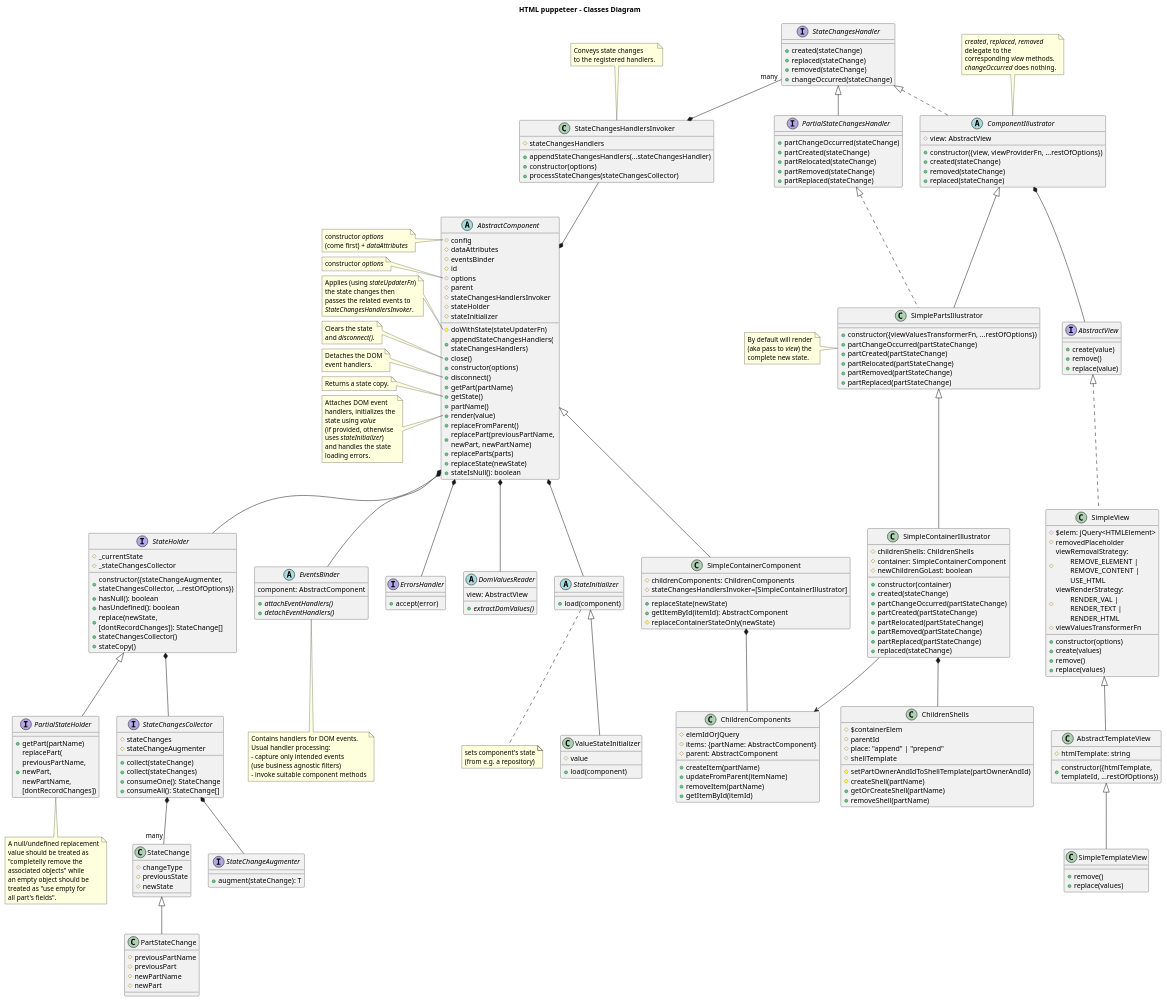
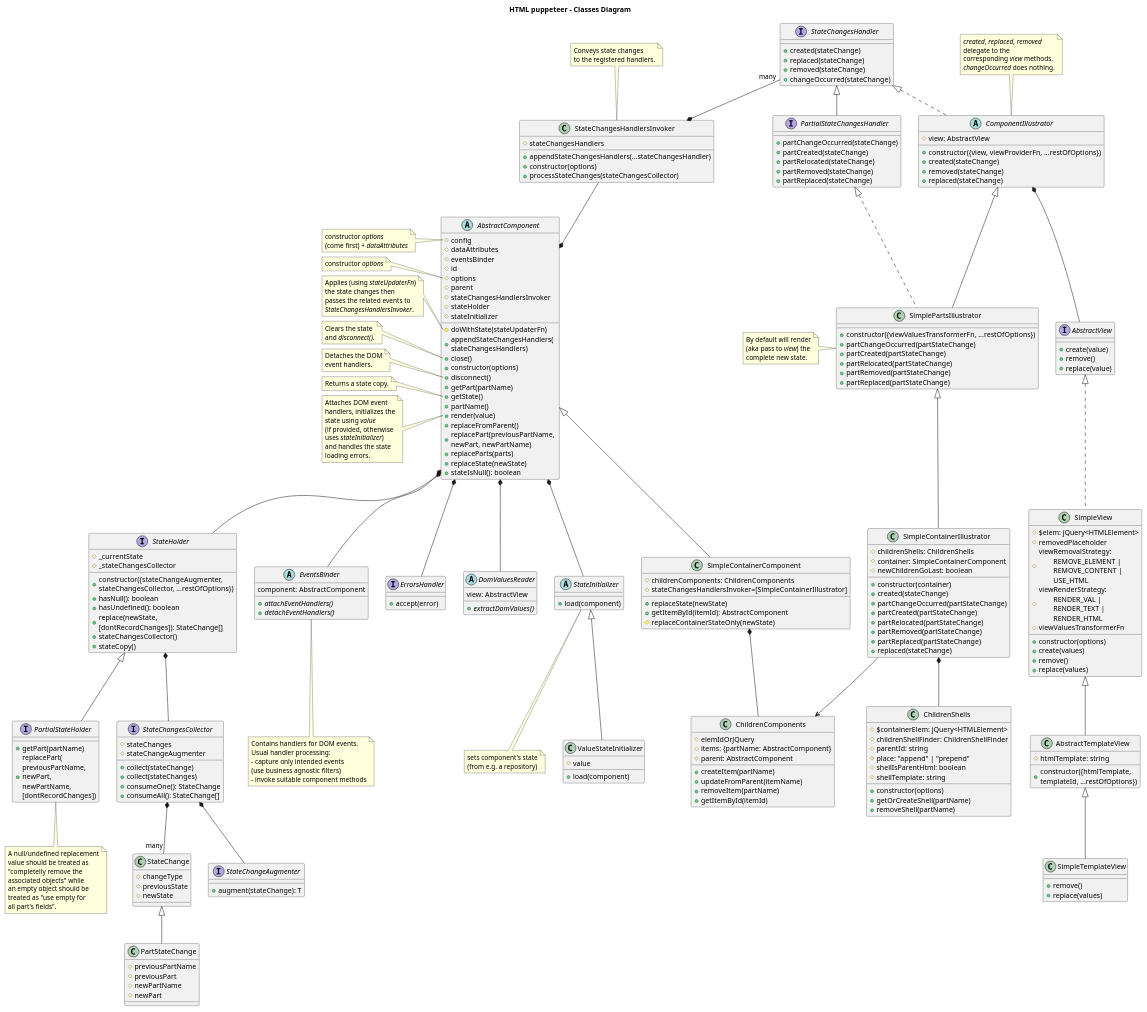
One commit to adrhc/html-puppeteer changed the diagram in design/classes-diagram.puml. Above: the diagram before and after it, drawn with PlantUML.

Commit message:
classes-diagram.puml updated ChildrenShells

```diff
--- a/design/classes-diagram.puml
+++ b/design/classes-diagram.puml
@@ -131,16 +131,14 @@
 +replaced(stateChange)
 }
 
-SimpleContainerIllustrator -down-> ChildrenComponents
-SimpleContainerIllustrator *-down- ChildrenShells
-
 class ChildrenShells {
-#$containerElem
-#parentId
+#$containerElem: jQuery<HTMLElement>
+#childrenShellFinder: ChildrenShellFinder
+#parentId: string
 #place: "append" | "prepend"
-#shellTemplate
-#setPartOwnerAndIdToShellTemplate(partOwnerAndId)
-#createShell(partName)
+#shellIsParentHtml: boolean
+#shellTemplate: string
++constructor(options)
 +getOrCreateShell(partName)
 +removeShell(partName)
 }
@@ -154,6 +152,9 @@
 +removeItem(partName)
 +getItemById(itemId)
 }
+
+SimpleContainerIllustrator -down-> ChildrenComponents
+SimpleContainerIllustrator *-down- ChildrenShells
 
 abstract EventsBinder {
   component: AbstractComponent
```
